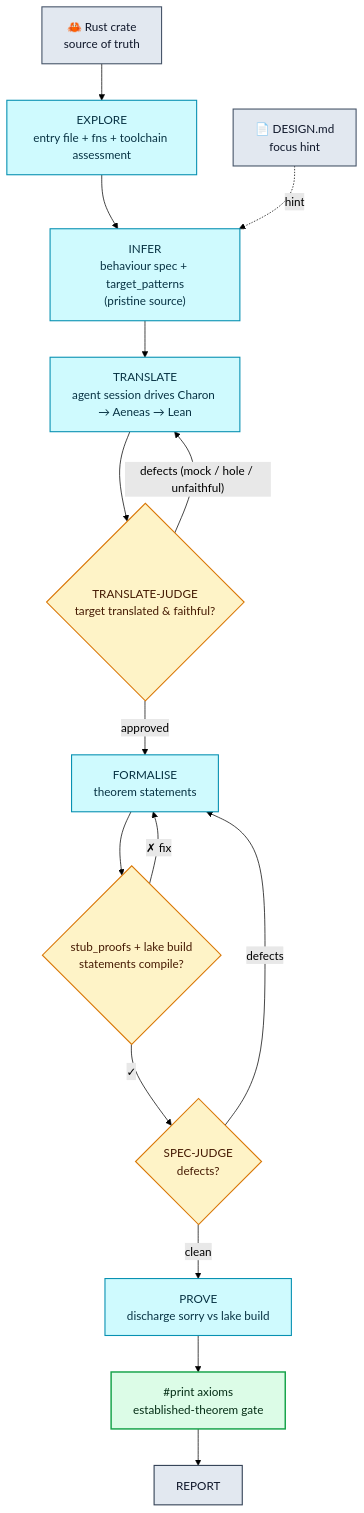
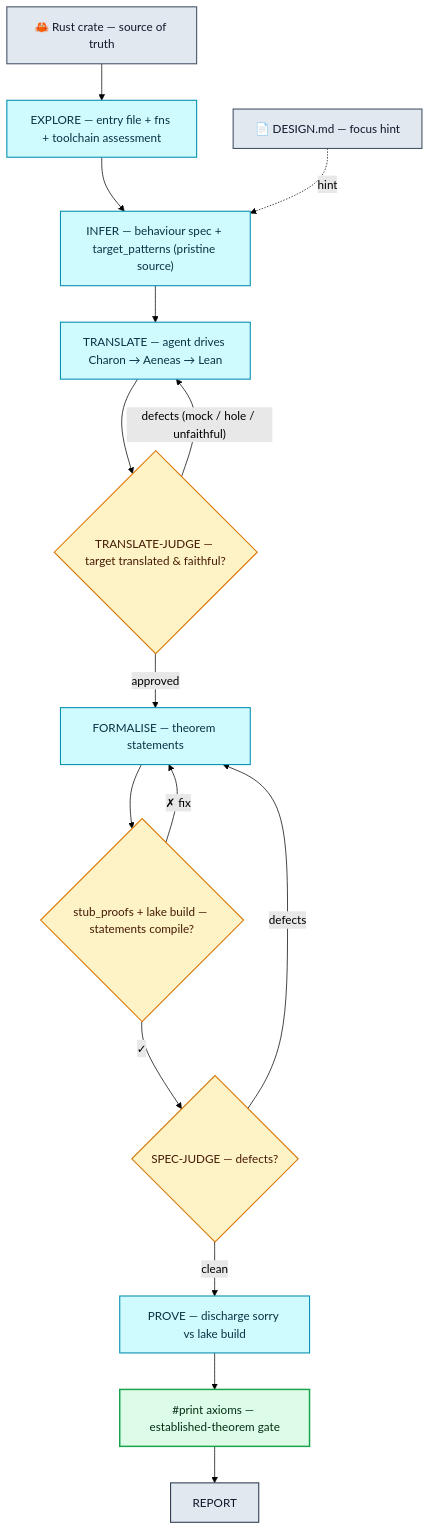
One commit to Certora/lusterna changed the diagram in README.md. Above: the diagram before and after it, drawn with Mermaid (forest theme). The commit also changed other lines of this file, not shown here.

Commit message:
docs(readme): fix mermaid label spacing; document resume-reads-artifacts + refutation output
- Mermaid: flatten `<br/>`-broken node labels to single-line " — " separators
  (the `<br/>` breaks were stripped without a space in some renderers, jamming
  words together, e.g. "cratesource of truth").
- Resuming section: document that a fresh resumed session re-reads the committed
  artefacts (translation, spec, lemmas, prove/ notes) and continues from disk,
  not agent memory — the CONTINUING behaviour.
- PROVE table row: note the refutation output (Refutations.lean +
  refutations.json, kernel-checked by verify_refutations).

````diff
--- a/README.md
+++ b/README.md
@@ -116,31 +116,31 @@
 ```mermaid
 flowchart TD
-  DESIGN["📄 DESIGN.md<br/>focus hint"]:::src
-  RUST["🦀 Rust crate<br/>source of truth"]:::src
+  DESIGN["📄 DESIGN.md — focus hint"]:::src
+  RUST["🦀 Rust crate — source of truth"]:::src
 
-  EXPLORE["EXPLORE<br/>entry file + fns + toolchain assessment"]:::impl
-  INFER["INFER<br/>behaviour spec + target_patterns<br/>(pristine source)"]:::impl
-  TRANSLATE["TRANSLATE<br/>agent session drives Charon → Aeneas → Lean"]:::impl
-  TJUDGE{"TRANSLATE-JUDGE<br/>target translated & faithful?"}:::gate
-  FORMALISE["FORMALISE<br/>theorem statements"]:::impl
-  FBUILD{"stub_proofs + lake build<br/>statements compile?"}:::gate
-  SJUDGE{"SPEC-JUDGE<br/>defects?"}:::gate
-  PROVE["PROVE<br/>discharge sorry vs lake build"]:::impl
-  AXIOMS["#print axioms<br/>established-theorem gate"]:::verify
+  EXPLORE["EXPLORE — entry file + fns + toolchain assessment"]:::impl
+  INFER["INFER — behaviour spec + target_patterns (pristine source)"]:::impl
+  TRANSLATE["TRANSLATE — agent drives Charon → Aeneas → Lean"]:::impl
+  TJUDGE{"TRANSLATE-JUDGE — target translated & faithful?"}:::gate
+  FORMALISE["FORMALISE — theorem statements"]:::impl
+  FBUILD{"stub_proofs + lake build — statements compile?"}:::gate
+  SJUDGE{"SPEC-JUDGE — defects?"}:::gate
+  PROVE["PROVE — discharge sorry vs lake build"]:::impl
+  AXIOMS["#print axioms — established-theorem gate"]:::verify
   REPORT["REPORT"]:::report
 
   RUST --> EXPLORE --> INFER --> TRANSLATE --> TJUDGE
   TJUDGE -- "defects (mock / hole / unfaithful)" --> TRANSLATE
   TJUDGE -- "approved" --> FORMALISE --> FBUILD
   FBUILD -- "✗ fix" --> FORMALISE
   FBUILD -- "✓" --> SJUDGE
   SJUDGE -- "defects" --> FORMALISE
   SJUDGE -- "clean" --> PROVE --> AXIOMS --> REPORT
   DESIGN -. "hint" .-> INFER
 
   classDef src    fill:#e2e8f0,stroke:#475569,stroke-width:1.5px,color:#0f172a;
   classDef impl   fill:#cffafe,stroke:#0891b2,stroke-width:1.5px,color:#083344;
   classDef gate   fill:#fef3c7,stroke:#d97706,stroke-width:1.5px,color:#451a03;
   classDef verify fill:#dcfce7,stroke:#16a34a,stroke-width:2px,color:#052e16;
   classDef report fill:#e2e8f0,stroke:#334155,stroke-width:1.5px,color:#0f172a;
 ```
````
